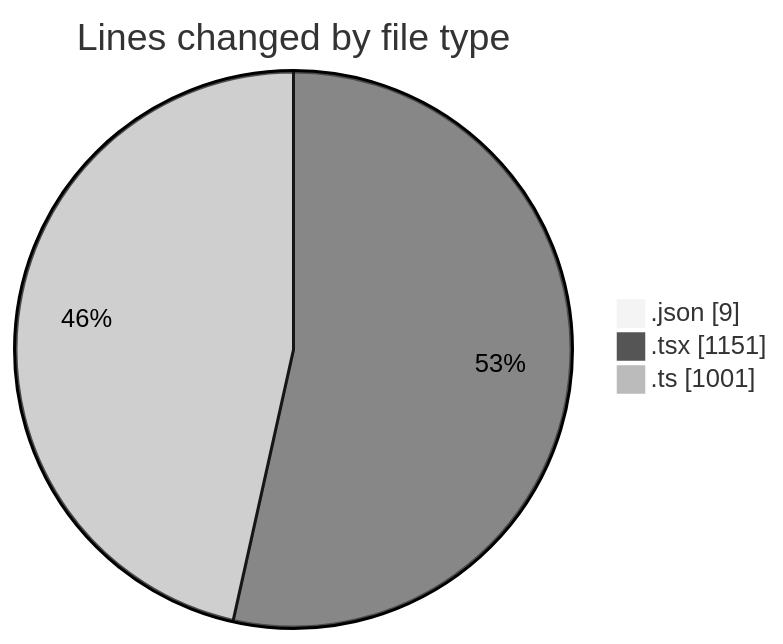
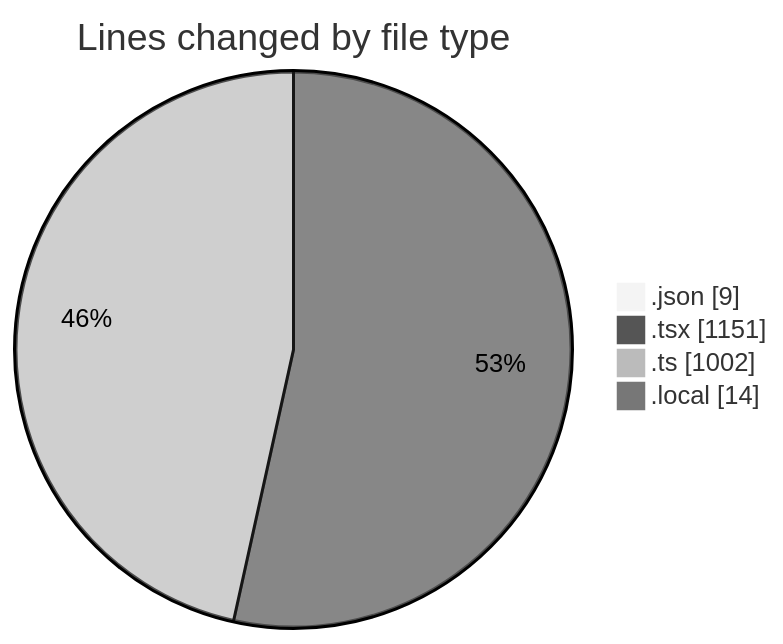
The first of 2 diagrams in 2025-10-27/eventscop-frontend-guide__workspace_/README.md (julien-gomy/code-tracking), drawn with Mermaid (neutral theme) before and after one commit. The commit also changed other lines of this file and 1 other file, not shown here.

````diff
--- a/2025-10-27/eventscop-frontend-guide__workspace_/README.md
+++ b/2025-10-27/eventscop-frontend-guide__workspace_/README.md
@@ -26,7 +28,8 @@
 ```mermaid
 pie showData
 title Lines changed by file type
 ".json" : 9
 ".tsx" : 1151
-".ts" : 1001
+".ts" : 1002
+".local" : 14
 ```
````
